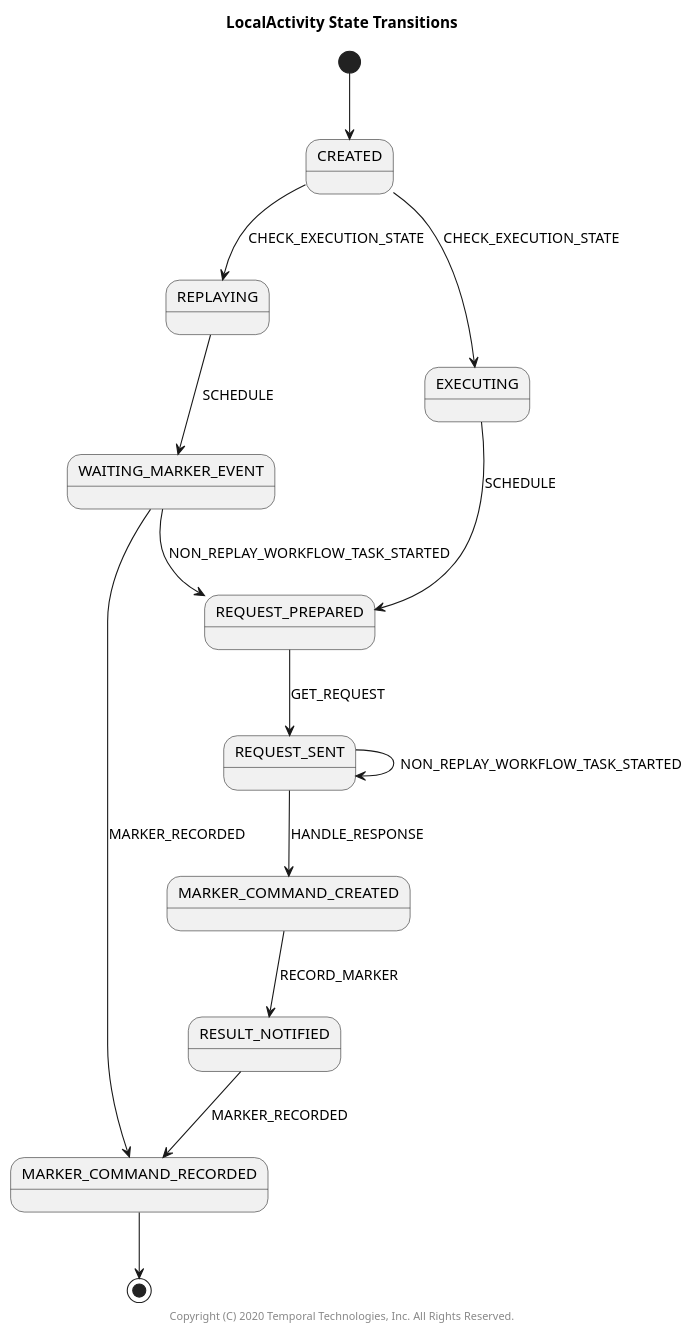
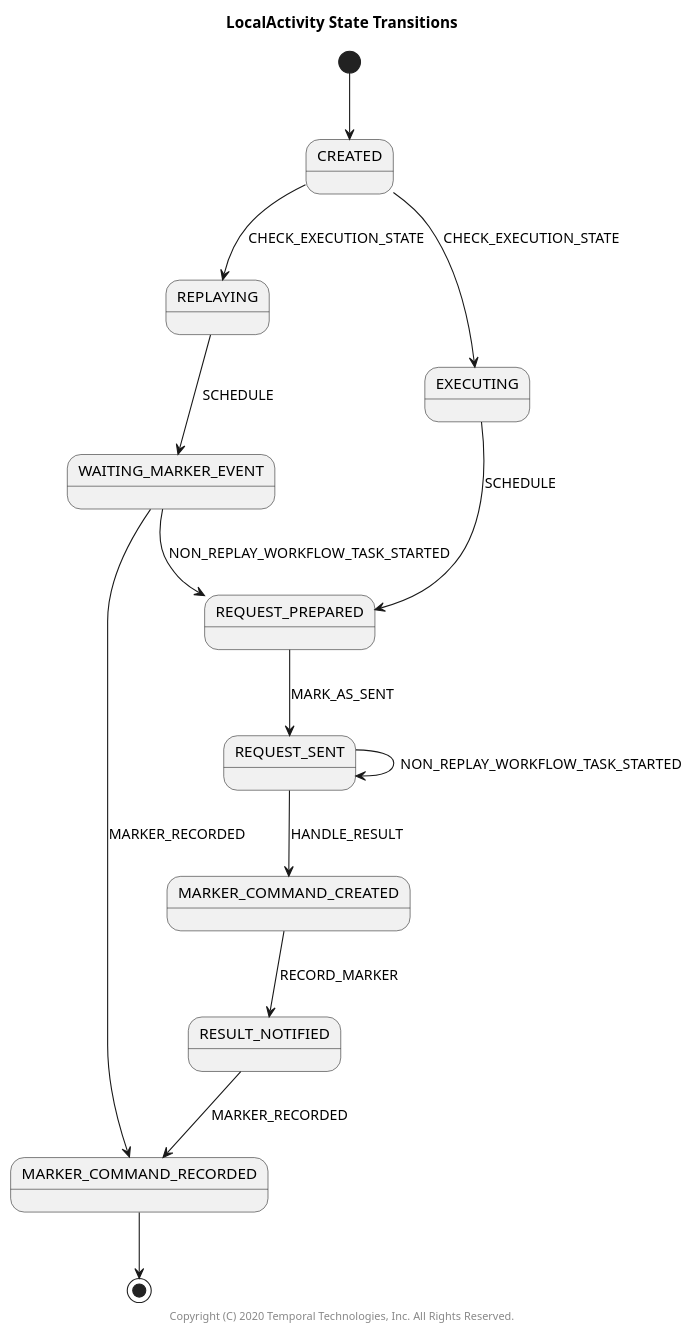
Before and after one commit to temporalio/sdk-java: the diagram in src/main/java/io/temporal/internal/statemachines/LocalActivityStateMachine.puml, drawn with PlantUML. The commit also changed 3 other files, not shown here.

```diff
--- a/src/main/java/io/temporal/internal/statemachines/LocalActivityStateMachine.puml
+++ b/src/main/java/io/temporal/internal/statemachines/LocalActivityStateMachine.puml
@@ -23,18 +23,18 @@
 @startuml
 title LocalActivity State Transitions
 
 [*] --> CREATED
 CREATED --> REPLAYING: CHECK_EXECUTION_STATE
 CREATED --> EXECUTING: CHECK_EXECUTION_STATE
 EXECUTING --> REQUEST_PREPARED: SCHEDULE
 MARKER_COMMAND_CREATED --> RESULT_NOTIFIED: RECORD_MARKER
 REPLAYING --> WAITING_MARKER_EVENT: SCHEDULE
-REQUEST_PREPARED --> REQUEST_SENT: GET_REQUEST
+REQUEST_PREPARED --> REQUEST_SENT: MARK_AS_SENT
 REQUEST_SENT --> REQUEST_SENT: NON_REPLAY_WORKFLOW_TASK_STARTED
-REQUEST_SENT --> MARKER_COMMAND_CREATED: HANDLE_RESPONSE
+REQUEST_SENT --> MARKER_COMMAND_CREATED: HANDLE_RESULT
 RESULT_NOTIFIED --> MARKER_COMMAND_RECORDED: MARKER_RECORDED
 WAITING_MARKER_EVENT --> MARKER_COMMAND_RECORDED: MARKER_RECORDED
 WAITING_MARKER_EVENT --> REQUEST_PREPARED: NON_REPLAY_WORKFLOW_TASK_STARTED
 MARKER_COMMAND_RECORDED --> [*]
 center footer Copyright (C) 2020 Temporal Technologies, Inc. All Rights Reserved.
 @enduml
```
